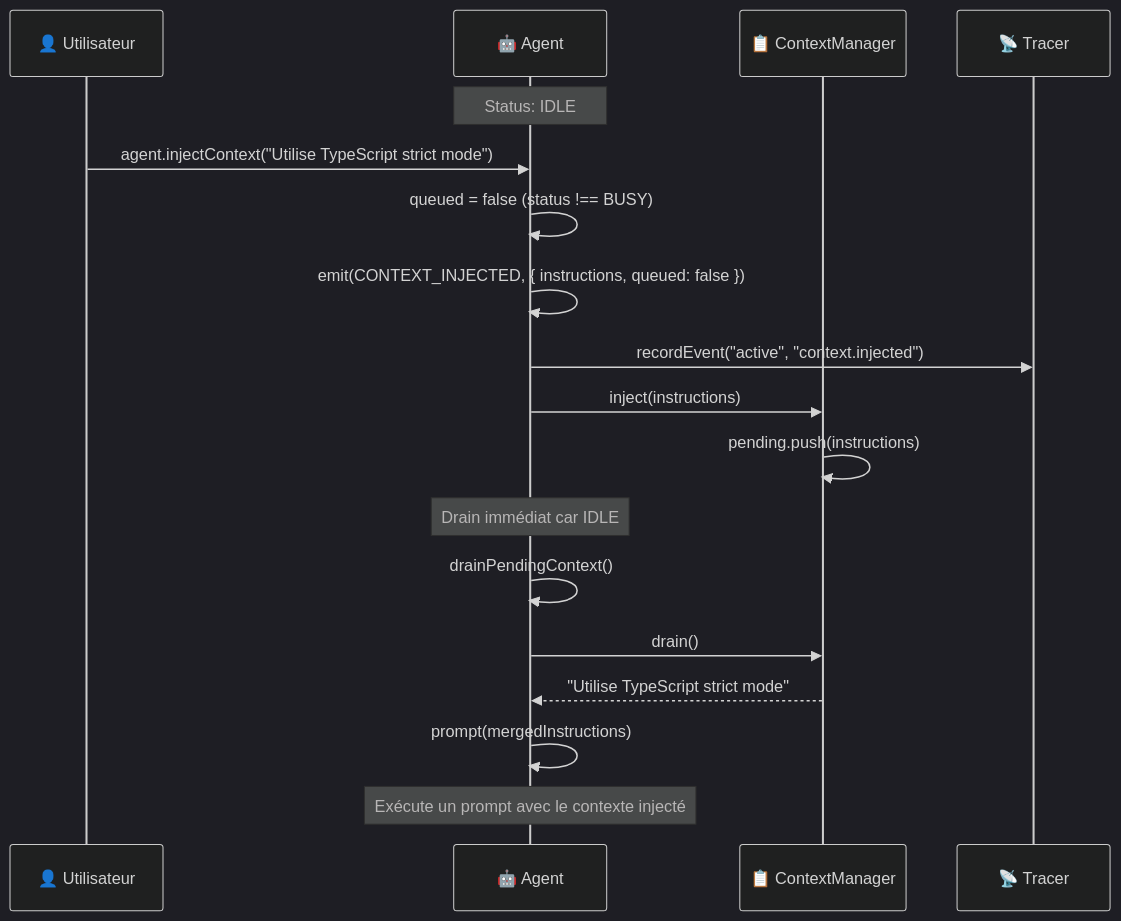
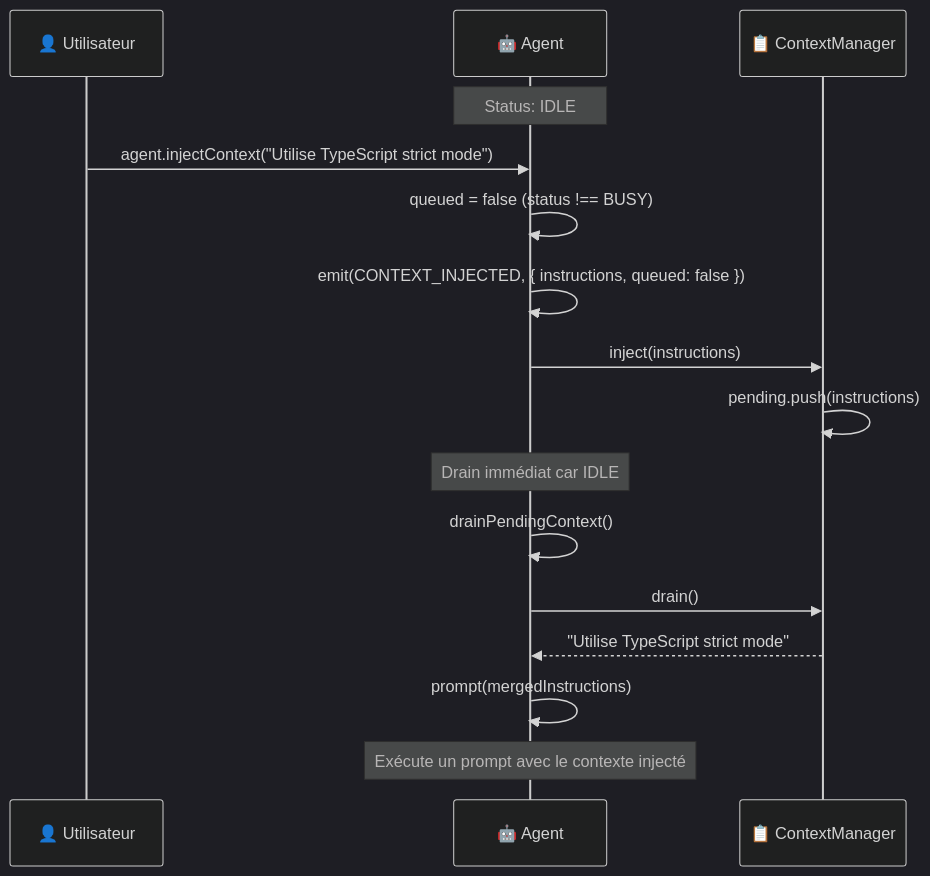
One commit to atinseau/stark changed the sixth of 9 diagrams in docs/architecture/sequences.md. Above: the diagram before and after it, drawn with Mermaid (dark theme). The commit also changed other lines of this file and 13 other files, not shown here.

````diff
--- a/docs/architecture/sequences.md
+++ b/docs/architecture/sequences.md
@@ -368,26 +315,24 @@
 ```mermaid
 sequenceDiagram
     participant U as 👤 Utilisateur
     participant A as 🤖 Agent
     participant CTX as 📋 ContextManager
-    participant T as 📡 Tracer
 
     Note over A: Status: IDLE
 
     U->>A: agent.injectContext("Utilise TypeScript strict mode")
 
     A->>A: queued = false (status !== BUSY)
     A->>A: emit(CONTEXT_INJECTED, { instructions, queued: false })
-    A->>T: recordEvent("active", "context.injected")
     A->>CTX: inject(instructions)
     CTX->>CTX: pending.push(instructions)
 
     Note over A: Drain immédiat car IDLE
 
     A->>A: drainPendingContext()
     A->>CTX: drain()
     CTX-->>A: "Utilise TypeScript strict mode"
 
     A->>A: prompt(mergedInstructions)
     Note over A: Exécute un prompt avec le contexte injecté
 ```
````
